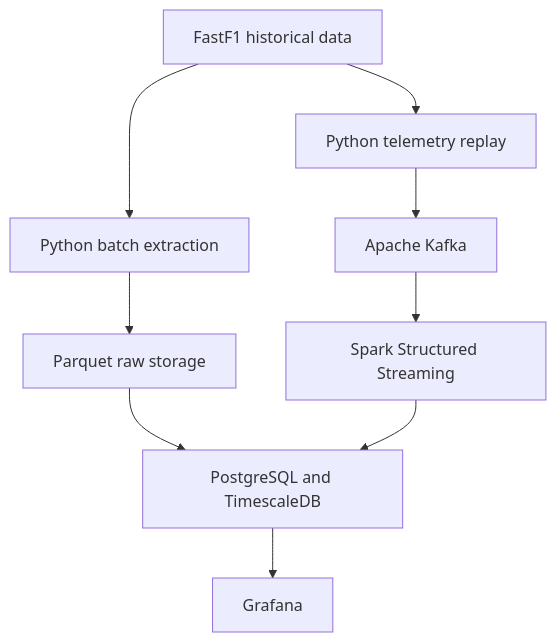
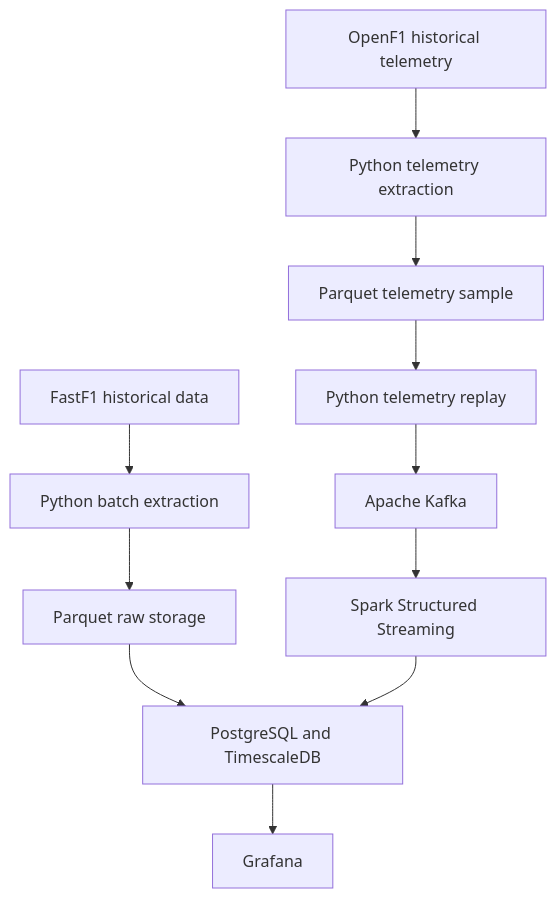
One commit to refresh-academy/f1-analytics-platform-fanizzi changed the diagram in README.md. Above: the diagram before and after it, drawn with Mermaid. The commit also changed other lines of this file and 5 other files, not shown here.

First line of the commit message:
feat(extraction): add OpenF1 sample for Monza 2024 lap 10

````diff
--- a/README.md
+++ b/README.md
@@ -99,12 +106,14 @@
 ```mermaid
 flowchart TD
     A[FastF1 historical data] --> B[Python batch extraction]
     B --> C[Parquet raw storage]
     C --> D[PostgreSQL and TimescaleDB]
     D --> E[Grafana]
 
-    A --> F[Python telemetry replay]
+    I[OpenF1 historical telemetry] --> J[Python telemetry extraction]
+    J --> K[Parquet telemetry sample]
+    K --> F[Python telemetry replay]
     F --> G[Apache Kafka]
     G --> H[Spark Structured Streaming]
     H --> D
 ```
````
